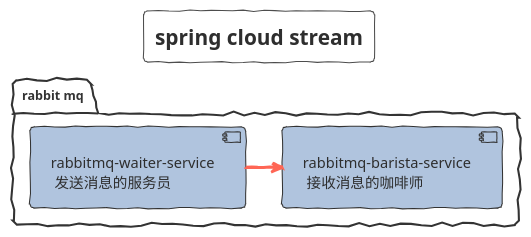
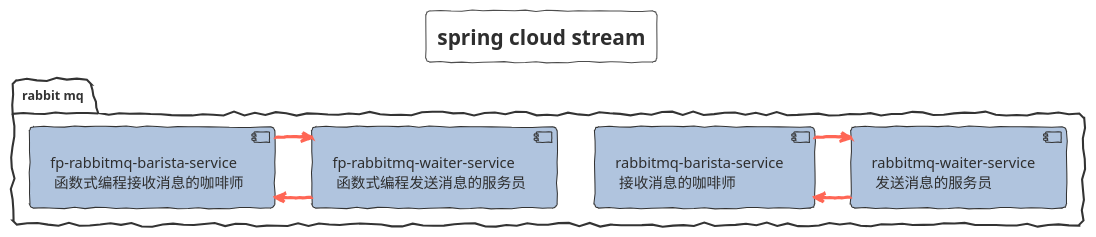
One commit to FantasybabyChange/springStudyProject changed the diagram in spring-cloud-stream/Module.puml. Above: the diagram before and after it, drawn with PlantUML. The commit also changed 38 other files, not shown here.

```diff
--- a/spring-cloud-stream/Module.puml
+++ b/spring-cloud-stream/Module.puml
@@ -1,27 +1,38 @@
 @startuml SPRING_CLOUD_STREAM
 !theme sketchy-outline
 title spring cloud stream
 skinparam interface {
 }
 skinparam component {
    backgroundColor LightSteelBlue
    FontSize 14
    ArrowFontSize 14
    ArrowFontColor #777777
    ArrowColor #FF6655
 }
 
 package "rabbit mq"{
    component   rbs[
    rabbitmq-barista-service
     接收消息的咖啡师
    ]
    component rws[
    rabbitmq-waiter-service
     发送消息的服务员
    ]
    rws -> rbs
+   rbs ->rws
+   component   fprbs[
+   fp-rabbitmq-barista-service
+    函数式编程接收消息的咖啡师
+   ]
+   component fprws[
+   fp-rabbitmq-waiter-service
+    函数式编程发送消息的服务员
+   ]
+   fprws -> fprbs
+   fprbs ->fprws
 }
 
 
 @enduml
```
